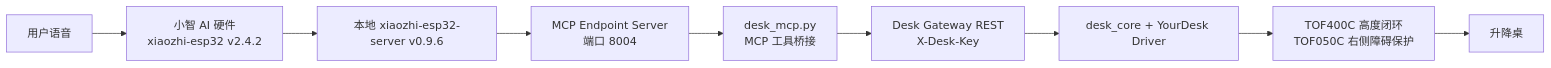
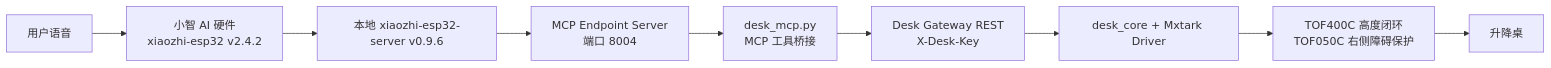
Before and after one commit to dong4j/desk-gateway: the diagram in docs/11-xiaozhi-ai-desk-control.md, drawn with Mermaid. The commit also changed other lines of this file and 51 other files, not shown here.

````diff
--- a/docs/11-xiaozhi-ai-desk-control.md
+++ b/docs/11-xiaozhi-ai-desk-control.md
@@ -23,11 +23,11 @@
 ```mermaid
 flowchart LR
     Voice["用户语音"] --> Device["小智 AI 硬件<br/>xiaozhi-esp32 v2.4.2"]
     Device --> Server["本地 xiaozhi-esp32-server v0.9.6"]
     Server --> Endpoint["MCP Endpoint Server<br/>端口 8004"]
     Endpoint --> Bridge["desk_mcp.py<br/>MCP 工具桥接"]
     Bridge --> REST["Desk Gateway REST<br/>X-Desk-Key"]
-    REST --> Core["desk_core + YourDesk Driver"]
+    REST --> Core["desk_core + Mxtark Driver"]
     Core --> Safety["TOF400C 高度闭环<br/>TOF050C 右侧障碍保护"]
     Safety --> Desk["升降桌"]
 ```
````
